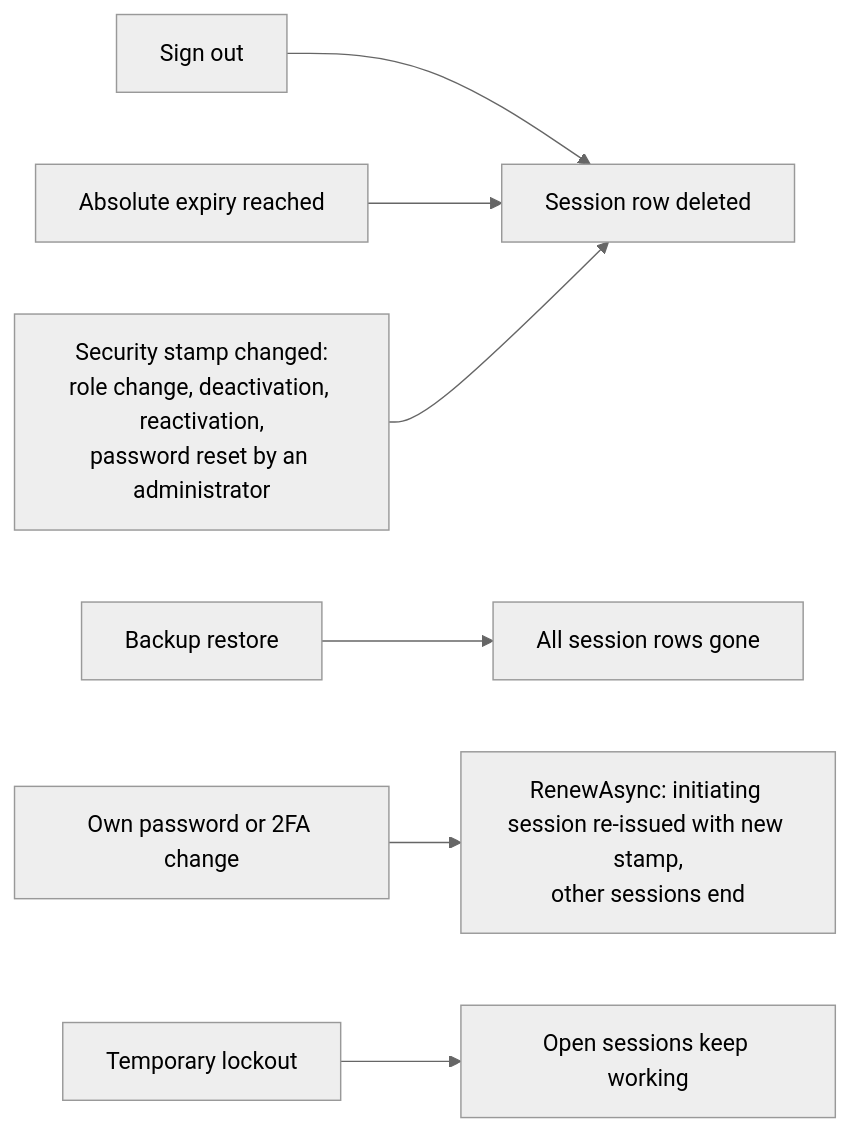
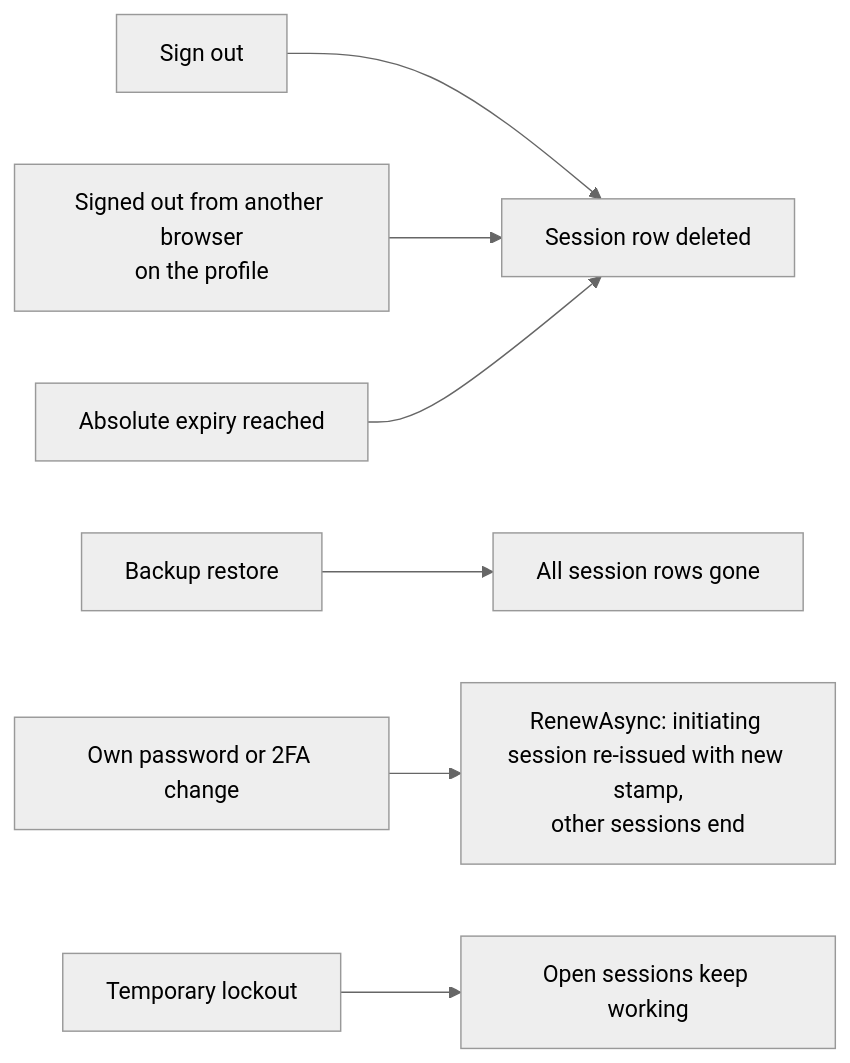
Before and after one commit to Justxs/Jx-Finance: the third of 4 diagrams in docs/features/02. Sign-in, sessions and lockout.md, drawn with Mermaid (neutral theme). The commit also changed other lines of this file and 36 other files, not shown here.

First line of the commit message:
feat(auth): list signed-in browsers and sign them out

````diff
--- a/docs/features/02. Sign-in, sessions and lockout.md
+++ b/docs/features/02. Sign-in, sessions and lockout.md
@@ -54,9 +55,9 @@
 ```mermaid
 flowchart LR
     Logout["Sign out"] --> End["Session row deleted"]
+    Revoked["Signed out from another browser<br/>on the profile"] --> End
     Expiry["Absolute expiry reached"] --> End
-    Stamp["Security stamp changed:<br/>role change, deactivation, reactivation,<br/>password reset by an administrator"] --> End
     Restore["Backup restore"] --> AllEnd["All session rows gone"]
     Own["Own password or 2FA change"] --> Renew["RenewAsync: initiating session re-issued with new stamp,<br/>other sessions end"]
     Lock["Temporary lockout"] --> Keep["Open sessions keep working"]
 ```
````
